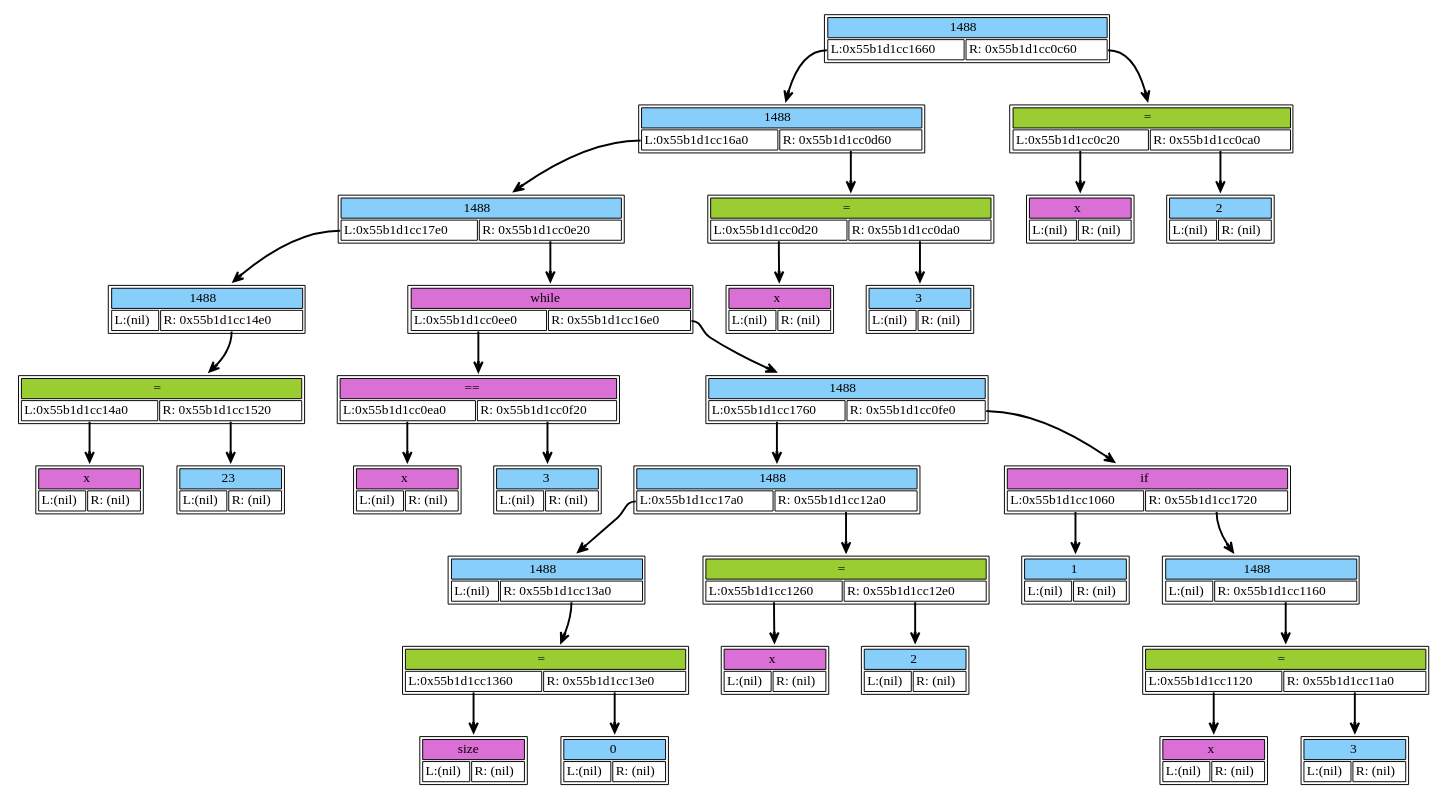
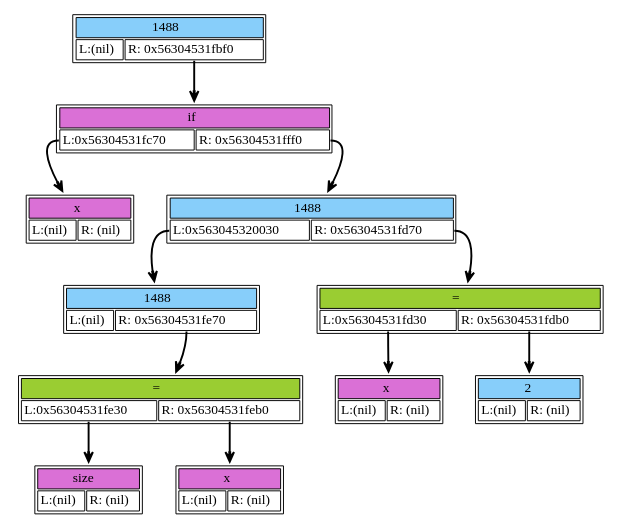
One commit to Varnike/language changed the diagram in dump/dump.dot. Above: the diagram before and after it, drawn with Graphviz. The commit also changed 8 other files, not shown here.

```diff
--- a/dump/dump.dot
+++ b/dump/dump.dot
@@ -1,194 +1,68 @@
 digraph dump_graph {
 	rankdir=TV; 
-node0x55b1d1cc17e0 [shape=plaintext
+node0x56304531ffb0 [shape=plaintext
 					label=<<table border='1' cellborder='1'>
 			<tr><td colspan="2" bgcolor="lightskyblue" >1488</td></tr>
-					<tr><td port= "lchild">L:(nil)</td><td port="rchild">R: 0x55b1d1cc14e0</td></tr>
+					<tr><td port= "lchild">L:(nil)</td><td port="rchild">R: 0x56304531fbf0</td></tr>
 				</table>>];
-		node0x55b1d1cc17e0:rchild -> node0x55b1d1cc14e0[style=bold, arrowhead=vee];
-node0x55b1d1cc14a0 [shape=plaintext
+		node0x56304531ffb0:rchild -> node0x56304531fbf0[style=bold, arrowhead=vee];
+node0x56304531fc70 [shape=plaintext
 					label=<<table border='1' cellborder='1'>
 			<tr><td colspan="2" bgcolor="orchid" > x</td></tr>
 					<tr><td port= "lchild">L:(nil)</td><td port="rchild">R: (nil)</td></tr>
 				</table>>];
-node0x55b1d1cc14e0 [shape=plaintext
+node0x56304531fbf0 [shape=plaintext
+					label=<<table border='1' cellborder='1'>
+			<tr><td colspan="2" bgcolor="orchid" > if</td></tr>
+					<tr><td port= "lchild">L:0x56304531fc70</td><td port="rchild">R: 0x56304531fff0</td></tr>
+				</table>>];
+		node0x56304531fbf0:lchild -> node0x56304531fc70[style=bold, arrowhead=vee];
+		node0x56304531fbf0:rchild -> node0x56304531fff0[style=bold, arrowhead=vee];
+node0x563045320030 [shape=plaintext
+					label=<<table border='1' cellborder='1'>
+			<tr><td colspan="2" bgcolor="lightskyblue" >1488</td></tr>
+					<tr><td port= "lchild">L:(nil)</td><td port="rchild">R: 0x56304531fe70</td></tr>
+				</table>>];
+		node0x563045320030:rchild -> node0x56304531fe70[style=bold, arrowhead=vee];
+node0x56304531fe30 [shape=plaintext
+					label=<<table border='1' cellborder='1'>
+			<tr><td colspan="2" bgcolor="orchid" > size</td></tr>
+					<tr><td port= "lchild">L:(nil)</td><td port="rchild">R: (nil)</td></tr>
+				</table>>];
+node0x56304531fe70 [shape=plaintext
 					label=<<table border='1' cellborder='1'>
 			<tr><td colspan="2" bgcolor="olivedrab3" > =</td></tr>
-					<tr><td port= "lchild">L:0x55b1d1cc14a0</td><td port="rchild">R: 0x55b1d1cc1520</td></tr>
+					<tr><td port= "lchild">L:0x56304531fe30</td><td port="rchild">R: 0x56304531feb0</td></tr>
 				</table>>];
-		node0x55b1d1cc14e0:lchild -> node0x55b1d1cc14a0[style=bold, arrowhead=vee];
-		node0x55b1d1cc14e0:rchild -> node0x55b1d1cc1520[style=bold, arrowhead=vee];
-node0x55b1d1cc1520 [shape=plaintext
-					label=<<table border='1' cellborder='1'>
-			<tr><td colspan="2" bgcolor="lightskyblue" >23</td></tr>
-					<tr><td port= "lchild">L:(nil)</td><td port="rchild">R: (nil)</td></tr>
-				</table>>];
-node0x55b1d1cc16a0 [shape=plaintext
-					label=<<table border='1' cellborder='1'>
-			<tr><td colspan="2" bgcolor="lightskyblue" >1488</td></tr>
-					<tr><td port= "lchild">L:0x55b1d1cc17e0</td><td port="rchild">R: 0x55b1d1cc0e20</td></tr>
-				</table>>];
-		node0x55b1d1cc16a0:lchild -> node0x55b1d1cc17e0[style=bold, arrowhead=vee];
-		node0x55b1d1cc16a0:rchild -> node0x55b1d1cc0e20[style=bold, arrowhead=vee];
-node0x55b1d1cc0ea0 [shape=plaintext
+		node0x56304531fe70:lchild -> node0x56304531fe30[style=bold, arrowhead=vee];
+		node0x56304531fe70:rchild -> node0x56304531feb0[style=bold, arrowhead=vee];
+node0x56304531feb0 [shape=plaintext
 					label=<<table border='1' cellborder='1'>
 			<tr><td colspan="2" bgcolor="orchid" > x</td></tr>
 					<tr><td port= "lchild">L:(nil)</td><td port="rchild">R: (nil)</td></tr>
 				</table>>];
-node0x55b1d1cc0ee0 [shape=plaintext
-					label=<<table border='1' cellborder='1'>
-			<tr><td colspan="2" bgcolor="orchid" > ==</td></tr>
-					<tr><td port= "lchild">L:0x55b1d1cc0ea0</td><td port="rchild">R: 0x55b1d1cc0f20</td></tr>
-				</table>>];
-		node0x55b1d1cc0ee0:lchild -> node0x55b1d1cc0ea0[style=bold, arrowhead=vee];
-		node0x55b1d1cc0ee0:rchild -> node0x55b1d1cc0f20[style=bold, arrowhead=vee];
-node0x55b1d1cc0f20 [shape=plaintext
-					label=<<table border='1' cellborder='1'>
-			<tr><td colspan="2" bgcolor="lightskyblue" >3</td></tr>
-					<tr><td port= "lchild">L:(nil)</td><td port="rchild">R: (nil)</td></tr>
-				</table>>];
-node0x55b1d1cc0e20 [shape=plaintext
-					label=<<table border='1' cellborder='1'>
-			<tr><td colspan="2" bgcolor="orchid" > while</td></tr>
-					<tr><td port= "lchild">L:0x55b1d1cc0ee0</td><td port="rchild">R: 0x55b1d1cc16e0</td></tr>
-				</table>>];
-		node0x55b1d1cc0e20:lchild -> node0x55b1d1cc0ee0[style=bold, arrowhead=vee];
-		node0x55b1d1cc0e20:rchild -> node0x55b1d1cc16e0[style=bold, arrowhead=vee];
-node0x55b1d1cc17a0 [shape=plaintext
+node0x56304531fff0 [shape=plaintext
 					label=<<table border='1' cellborder='1'>
 			<tr><td colspan="2" bgcolor="lightskyblue" >1488</td></tr>
-					<tr><td port= "lchild">L:(nil)</td><td port="rchild">R: 0x55b1d1cc13a0</td></tr>
+					<tr><td port= "lchild">L:0x563045320030</td><td port="rchild">R: 0x56304531fd70</td></tr>
 				</table>>];
-		node0x55b1d1cc17a0:rchild -> node0x55b1d1cc13a0[style=bold, arrowhead=vee];
-node0x55b1d1cc1360 [shape=plaintext
-					label=<<table border='1' cellborder='1'>
-			<tr><td colspan="2" bgcolor="orchid" > size</td></tr>
-					<tr><td port= "lchild">L:(nil)</td><td port="rchild">R: (nil)</td></tr>
-				</table>>];
-node0x55b1d1cc13a0 [shape=plaintext
-					label=<<table border='1' cellborder='1'>
-			<tr><td colspan="2" bgcolor="olivedrab3" > =</td></tr>
-					<tr><td port= "lchild">L:0x55b1d1cc1360</td><td port="rchild">R: 0x55b1d1cc13e0</td></tr>
-				</table>>];
-		node0x55b1d1cc13a0:lchild -> node0x55b1d1cc1360[style=bold, arrowhead=vee];
-		node0x55b1d1cc13a0:rchild -> node0x55b1d1cc13e0[style=bold, arrowhead=vee];
-node0x55b1d1cc13e0 [shape=plaintext
-					label=<<table border='1' cellborder='1'>
-			<tr><td colspan="2" bgcolor="lightskyblue" >0</td></tr>
-					<tr><td port= "lchild">L:(nil)</td><td port="rchild">R: (nil)</td></tr>
-				</table>>];
-node0x55b1d1cc1760 [shape=plaintext
-					label=<<table border='1' cellborder='1'>
-			<tr><td colspan="2" bgcolor="lightskyblue" >1488</td></tr>
-					<tr><td port= "lchild">L:0x55b1d1cc17a0</td><td port="rchild">R: 0x55b1d1cc12a0</td></tr>
-				</table>>];
-		node0x55b1d1cc1760:lchild -> node0x55b1d1cc17a0[style=bold, arrowhead=vee];
-		node0x55b1d1cc1760:rchild -> node0x55b1d1cc12a0[style=bold, arrowhead=vee];
-node0x55b1d1cc1260 [shape=plaintext
+		node0x56304531fff0:lchild -> node0x563045320030[style=bold, arrowhead=vee];
+		node0x56304531fff0:rchild -> node0x56304531fd70[style=bold, arrowhead=vee];
+node0x56304531fd30 [shape=plaintext
 					label=<<table border='1' cellborder='1'>
 			<tr><td colspan="2" bgcolor="orchid" > x</td></tr>
 					<tr><td port= "lchild">L:(nil)</td><td port="rchild">R: (nil)</td></tr>
 				</table>>];
-node0x55b1d1cc12a0 [shape=plaintext
+node0x56304531fd70 [shape=plaintext
 					label=<<table border='1' cellborder='1'>
 			<tr><td colspan="2" bgcolor="olivedrab3" > =</td></tr>
-					<tr><td port= "lchild">L:0x55b1d1cc1260</td><td port="rchild">R: 0x55b1d1cc12e0</td></tr>
+					<tr><td port= "lchild">L:0x56304531fd30</td><td port="rchild">R: 0x56304531fdb0</td></tr>
 				</table>>];
-		node0x55b1d1cc12a0:lchild -> node0x55b1d1cc1260[style=bold, arrowhead=vee];
-		node0x55b1d1cc12a0:rchild -> node0x55b1d1cc12e0[style=bold, arrowhead=vee];
-node0x55b1d1cc12e0 [shape=plaintext
-					label=<<table border='1' cellborder='1'>
-			<tr><td colspan="2" bgcolor="lightskyblue" >2</td></tr>
-					<tr><td port= "lchild">L:(nil)</td><td port="rchild">R: (nil)</td></tr>
-				</table>>];
-node0x55b1d1cc16e0 [shape=plaintext
-					label=<<table border='1' cellborder='1'>
-			<tr><td colspan="2" bgcolor="lightskyblue" >1488</td></tr>
-					<tr><td port= "lchild">L:0x55b1d1cc1760</td><td port="rchild">R: 0x55b1d1cc0fe0</td></tr>
-				</table>>];
-		node0x55b1d1cc16e0:lchild -> node0x55b1d1cc1760[style=bold, arrowhead=vee];
-		node0x55b1d1cc16e0:rchild -> node0x55b1d1cc0fe0[style=bold, arrowhead=vee];
-node0x55b1d1cc1060 [shape=plaintext
-					label=<<table border='1' cellborder='1'>
-			<tr><td colspan="2" bgcolor="lightskyblue" >1</td></tr>
-					<tr><td port= "lchild">L:(nil)</td><td port="rchild">R: (nil)</td></tr>
-				</table>>];
-node0x55b1d1cc0fe0 [shape=plaintext
-					label=<<table border='1' cellborder='1'>
-			<tr><td colspan="2" bgcolor="orchid" > if</td></tr>
-					<tr><td port= "lchild">L:0x55b1d1cc1060</td><td port="rchild">R: 0x55b1d1cc1720</td></tr>
-				</table>>];
-		node0x55b1d1cc0fe0:lchild -> node0x55b1d1cc1060[style=bold, arrowhead=vee];
-		node0x55b1d1cc0fe0:rchild -> node0x55b1d1cc1720[style=bold, arrowhead=vee];
-node0x55b1d1cc1720 [shape=plaintext
-					label=<<table border='1' cellborder='1'>
-			<tr><td colspan="2" bgcolor="lightskyblue" >1488</td></tr>
-					<tr><td port= "lchild">L:(nil)</td><td port="rchild">R: 0x55b1d1cc1160</td></tr>
-				</table>>];
-		node0x55b1d1cc1720:rchild -> node0x55b1d1cc1160[style=bold, arrowhead=vee];
-node0x55b1d1cc1120 [shape=plaintext
-					label=<<table border='1' cellborder='1'>
-			<tr><td colspan="2" bgcolor="orchid" > x</td></tr>
-					<tr><td port= "lchild">L:(nil)</td><td port="rchild">R: (nil)</td></tr>
-				</table>>];
-node0x55b1d1cc1160 [shape=plaintext
-					label=<<table border='1' cellborder='1'>
-			<tr><td colspan="2" bgcolor="olivedrab3" > =</td></tr>
-					<tr><td port= "lchild">L:0x55b1d1cc1120</td><td port="rchild">R: 0x55b1d1cc11a0</td></tr>
-				</table>>];
-		node0x55b1d1cc1160:lchild -> node0x55b1d1cc1120[style=bold, arrowhead=vee];
-		node0x55b1d1cc1160:rchild -> node0x55b1d1cc11a0[style=bold, arrowhead=vee];
-node0x55b1d1cc11a0 [shape=plaintext
-					label=<<table border='1' cellborder='1'>
-			<tr><td colspan="2" bgcolor="lightskyblue" >3</td></tr>
-					<tr><td port= "lchild">L:(nil)</td><td port="rchild">R: (nil)</td></tr>
-				</table>>];
-node0x55b1d1cc1660 [shape=plaintext
-					label=<<table border='1' cellborder='1'>
-			<tr><td colspan="2" bgcolor="lightskyblue" >1488</td></tr>
-					<tr><td port= "lchild">L:0x55b1d1cc16a0</td><td port="rchild">R: 0x55b1d1cc0d60</td></tr>
-				</table>>];
-		node0x55b1d1cc1660:lchild -> node0x55b1d1cc16a0[style=bold, arrowhead=vee];
-		node0x55b1d1cc1660:rchild -> node0x55b1d1cc0d60[style=bold, arrowhead=vee];
-node0x55b1d1cc0d20 [shape=plaintext
-					label=<<table border='1' cellborder='1'>
-			<tr><td colspan="2" bgcolor="orchid" > x</td></tr>
-					<tr><td port= "lchild">L:(nil)</td><td port="rchild">R: (nil)</td></tr>
-				</table>>];
-node0x55b1d1cc0d60 [shape=plaintext
-					label=<<table border='1' cellborder='1'>
-			<tr><td colspan="2" bgcolor="olivedrab3" > =</td></tr>
-					<tr><td port= "lchild">L:0x55b1d1cc0d20</td><td port="rchild">R: 0x55b1d1cc0da0</td></tr>
-				</table>>];
-		node0x55b1d1cc0d60:lchild -> node0x55b1d1cc0d20[style=bold, arrowhead=vee];
-		node0x55b1d1cc0d60:rchild -> node0x55b1d1cc0da0[style=bold, arrowhead=vee];
-node0x55b1d1cc0da0 [shape=plaintext
-					label=<<table border='1' cellborder='1'>
-			<tr><td colspan="2" bgcolor="lightskyblue" >3</td></tr>
-					<tr><td port= "lchild">L:(nil)</td><td port="rchild">R: (nil)</td></tr>
-				</table>>];
-node0x55b1d1cc1620 [shape=plaintext
-					label=<<table border='1' cellborder='1'>
-			<tr><td colspan="2" bgcolor="lightskyblue" >1488</td></tr>
-					<tr><td port= "lchild">L:0x55b1d1cc1660</td><td port="rchild">R: 0x55b1d1cc0c60</td></tr>
-				</table>>];
-		node0x55b1d1cc1620:lchild -> node0x55b1d1cc1660[style=bold, arrowhead=vee];
-		node0x55b1d1cc1620:rchild -> node0x55b1d1cc0c60[style=bold, arrowhead=vee];
-node0x55b1d1cc0c20 [shape=plaintext
-					label=<<table border='1' cellborder='1'>
-			<tr><td colspan="2" bgcolor="orchid" > x</td></tr>
-					<tr><td port= "lchild">L:(nil)</td><td port="rchild">R: (nil)</td></tr>
-				</table>>];
-node0x55b1d1cc0c60 [shape=plaintext
-					label=<<table border='1' cellborder='1'>
-			<tr><td colspan="2" bgcolor="olivedrab3" > =</td></tr>
-					<tr><td port= "lchild">L:0x55b1d1cc0c20</td><td port="rchild">R: 0x55b1d1cc0ca0</td></tr>
-				</table>>];
-		node0x55b1d1cc0c60:lchild -> node0x55b1d1cc0c20[style=bold, arrowhead=vee];
-		node0x55b1d1cc0c60:rchild -> node0x55b1d1cc0ca0[style=bold, arrowhead=vee];
-node0x55b1d1cc0ca0 [shape=plaintext
+		node0x56304531fd70:lchild -> node0x56304531fd30[style=bold, arrowhead=vee];
+		node0x56304531fd70:rchild -> node0x56304531fdb0[style=bold, arrowhead=vee];
+node0x56304531fdb0 [shape=plaintext
 					label=<<table border='1' cellborder='1'>
 			<tr><td colspan="2" bgcolor="lightskyblue" >2</td></tr>
 					<tr><td port= "lchild">L:(nil)</td><td port="rchild">R: (nil)</td></tr>
 				</table>>];
 }
```
